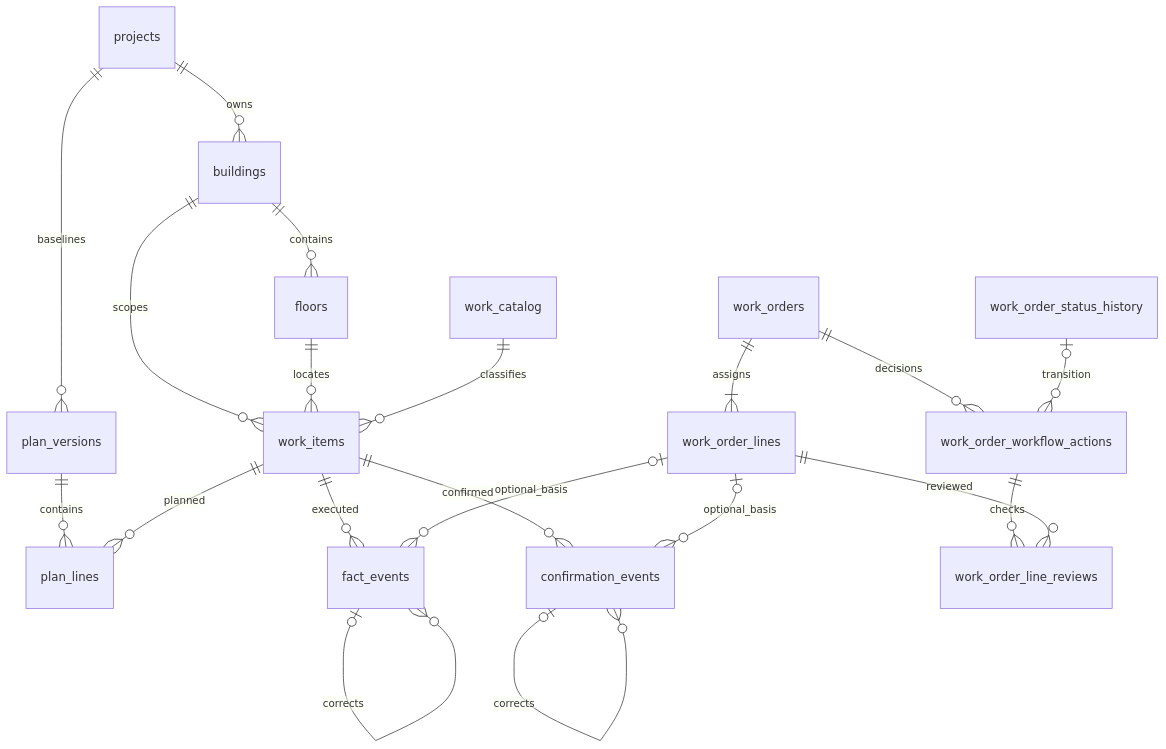
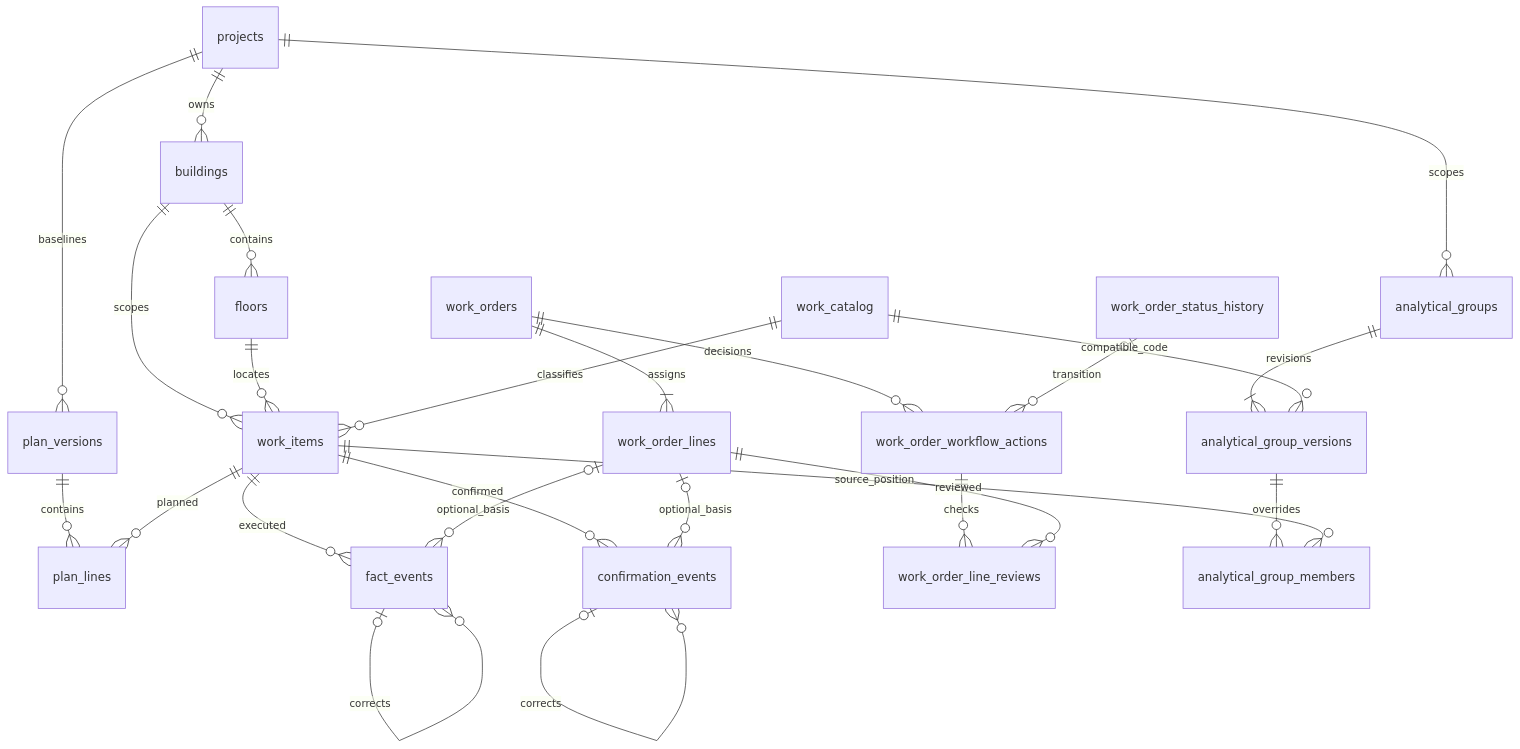
The diagram in docs/schema.md (homeporn/construction-progress), drawn with Mermaid before and after one commit. The commit also changed other lines of this file and 33 other files, not shown here.

````diff
--- a/docs/schema.md
+++ b/docs/schema.md
@@ -6,22 +6,27 @@
 ```mermaid
 erDiagram
     projects ||--o{ buildings : owns
     projects ||--o{ plan_versions : baselines
     buildings ||--o{ floors : contains
     buildings ||--o{ work_items : scopes
     floors ||--o{ work_items : locates
     work_catalog ||--o{ work_items : classifies
     plan_versions ||--o{ plan_lines : contains
     work_items ||--o{ plan_lines : planned
     work_items ||--o{ fact_events : executed
     work_items ||--o{ confirmation_events : confirmed
     fact_events o|--o{ fact_events : corrects
     confirmation_events o|--o{ confirmation_events : corrects
     work_orders ||--|{ work_order_lines : assigns
     work_order_lines o|--o{ fact_events : optional_basis
     work_order_lines o|--o{ confirmation_events : optional_basis
     work_orders ||--o{ work_order_workflow_actions : decisions
     work_order_status_history o|--o{ work_order_workflow_actions : transition
     work_order_workflow_actions ||--o{ work_order_line_reviews : checks
     work_order_lines ||--o{ work_order_line_reviews : reviewed
+    projects ||--o{ analytical_groups : scopes
+    analytical_groups ||--|{ analytical_group_versions : revisions
+    work_catalog ||--o{ analytical_group_versions : compatible_code
+    analytical_group_versions ||--o{ analytical_group_members : overrides
+    work_items ||--o{ analytical_group_members : source_position
 ```
````
